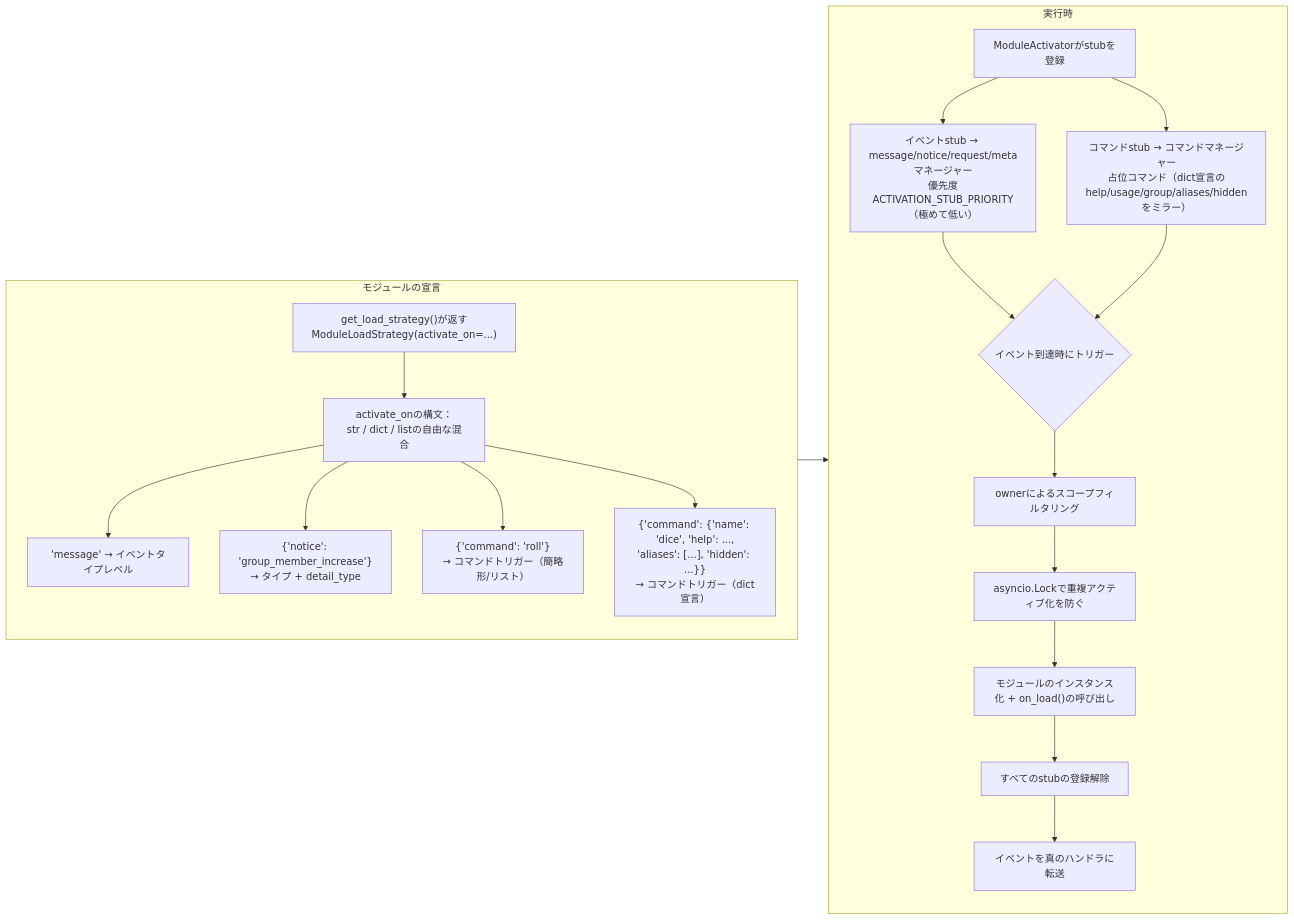
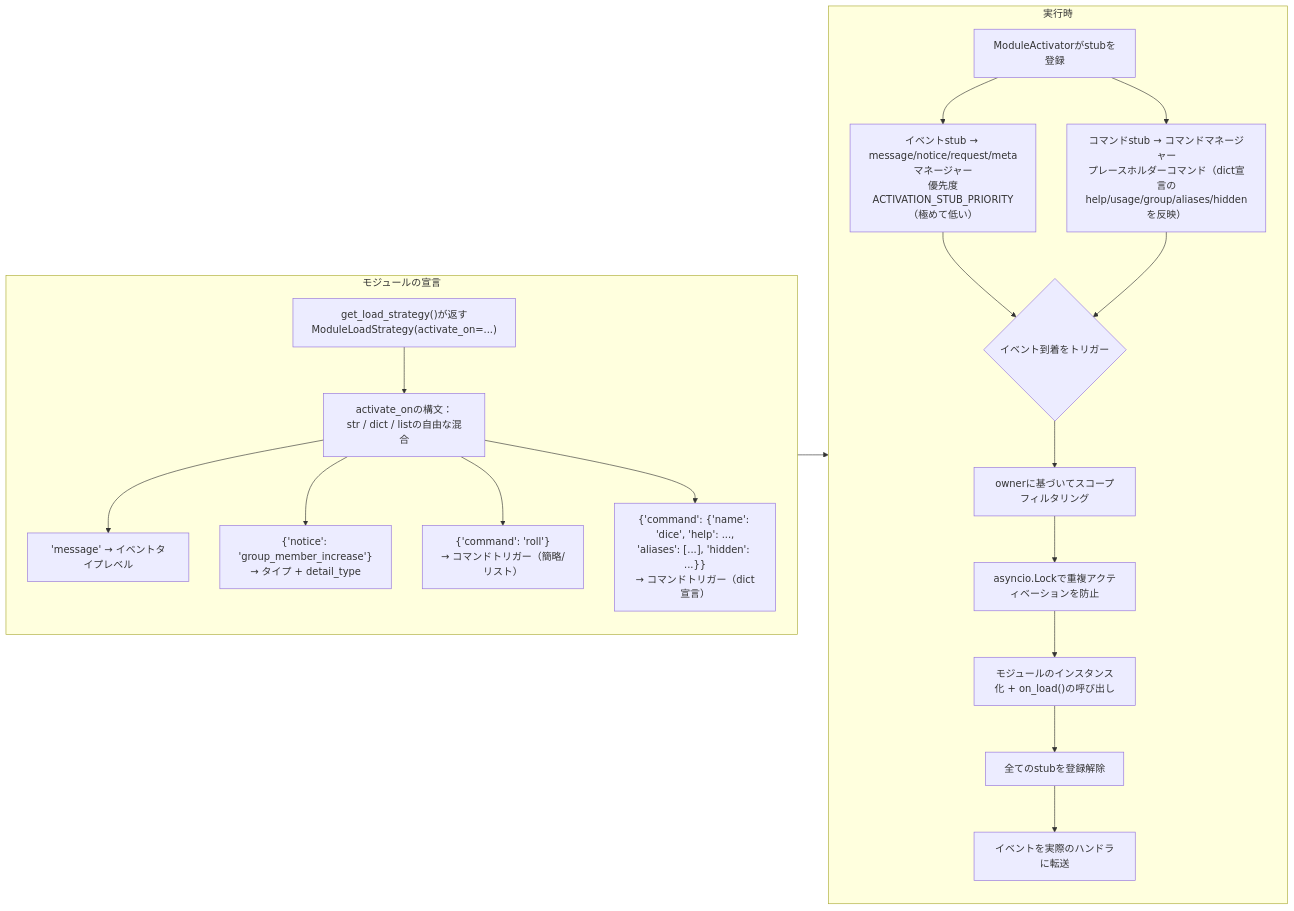
One commit to ErisPulse/ErisPulse changed the seventh of 10 diagrams in docs/ja/architecture.md. Above: the diagram before and after it, drawn with Mermaid. The commit also changed other lines of this file and 83 other files, not shown here.

````diff
--- a/docs/ja/architecture.md
+++ b/docs/ja/architecture.md
@@ -222,24 +222,24 @@
 ```mermaid
 flowchart LR
     subgraph Declare["モジュールの宣言"]
         S1["get_load_strategy()が返す<br/>ModuleLoadStrategy(activate_on=...)"] --> S2["activate_onの構文：<br/>str / dict / listの自由な混合"]
         S2 --> S2a["'message' → イベントタイプレベル"]
         S2 --> S2b["{'notice': 'group_member_increase'}<br/>→ タイプ + detail_type"]
-        S2 --> S2c["{'command': 'roll'}<br/>→ コマンドトリガー（簡略形/リスト）"]
+        S2 --> S2c["{'command': 'roll'}<br/>→ コマンドトリガー（簡略/リスト）"]
         S2 --> S2d["{'command': {'name': 'dice', 'help': ...,<br/>'aliases': [...], 'hidden': ...}}<br/>→ コマンドトリガー（dict宣言）"]
     end
 
     subgraph Runtime["実行時"]
         R1["ModuleActivatorがstubを登録"] --> R1a["イベントstub → message/notice/request/metaマネージャー<br/>優先度ACTIVATION_STUB_PRIORITY（極めて低い）"]
-        R1 --> R1b["コマンドstub → コマンドマネージャー<br/>占位コマンド（dict宣言のhelp/usage/group/aliases/hiddenをミラー）"]
-        R1a --> R2{"イベント到達時にトリガー"}
+        R1 --> R1b["コマンドstub → コマンドマネージャー<br/>プレースホルダーコマンド（dict宣言のhelp/usage/group/aliases/hiddenを反映）"]
+        R1a --> R2{"イベント到着をトリガー"}
         R1b --> R2
-        R2 --> R3["ownerによるスコープフィルタリング"]
-        R3 --> R4["asyncio.Lockで重複アクティブ化を防ぐ"]
+        R2 --> R3["ownerに基づいてスコープフィルタリング"]
+        R3 --> R4["asyncio.Lockで重複アクティベーションを防止"]
         R4 --> R5["モジュールのインスタンス化 + on_load()の呼び出し"]
-        R5 --> R6["すべてのstubの登録解除"]
-        R6 --> R7["イベントを真のハンドラに転送"]
+        R5 --> R6["全てのstubを登録解除"]
+        R6 --> R7["イベントを実際のハンドラに転送"]
     end
 
     Declare --> Runtime
 ```
````
